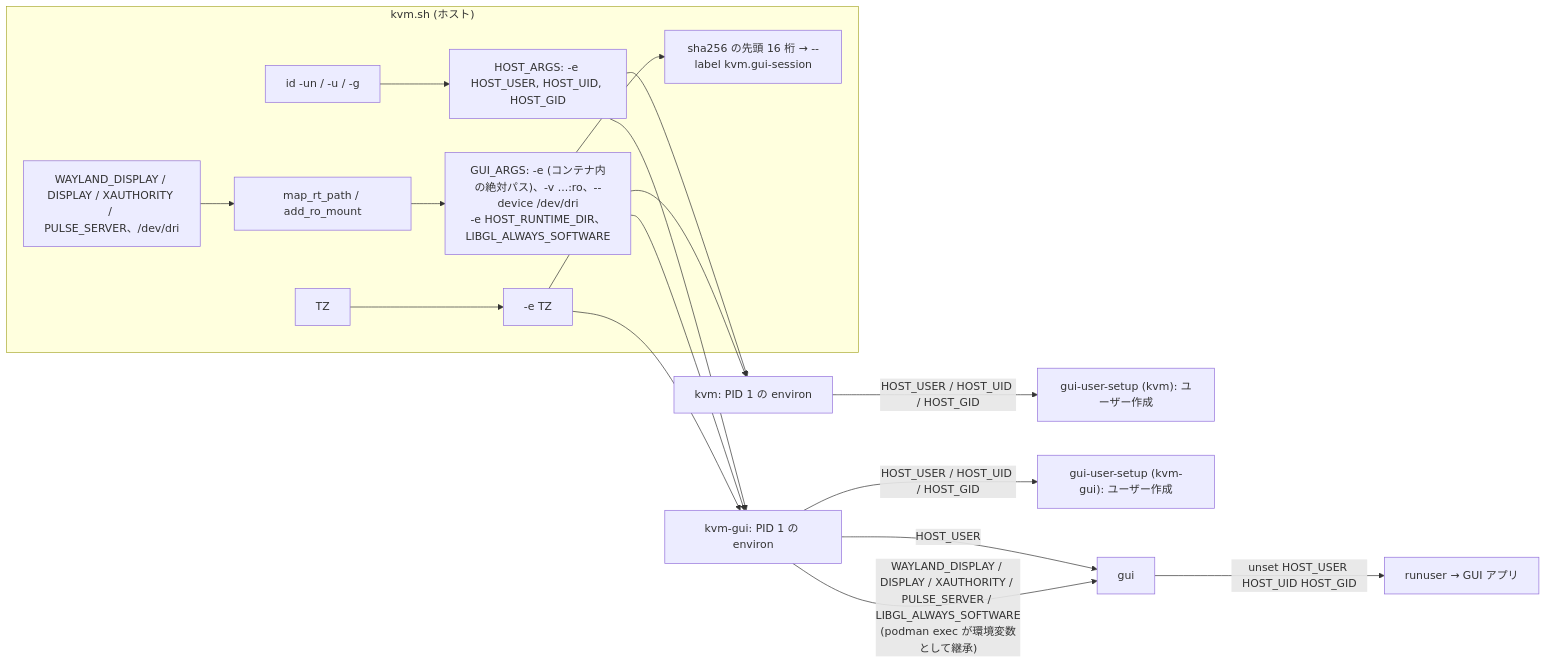
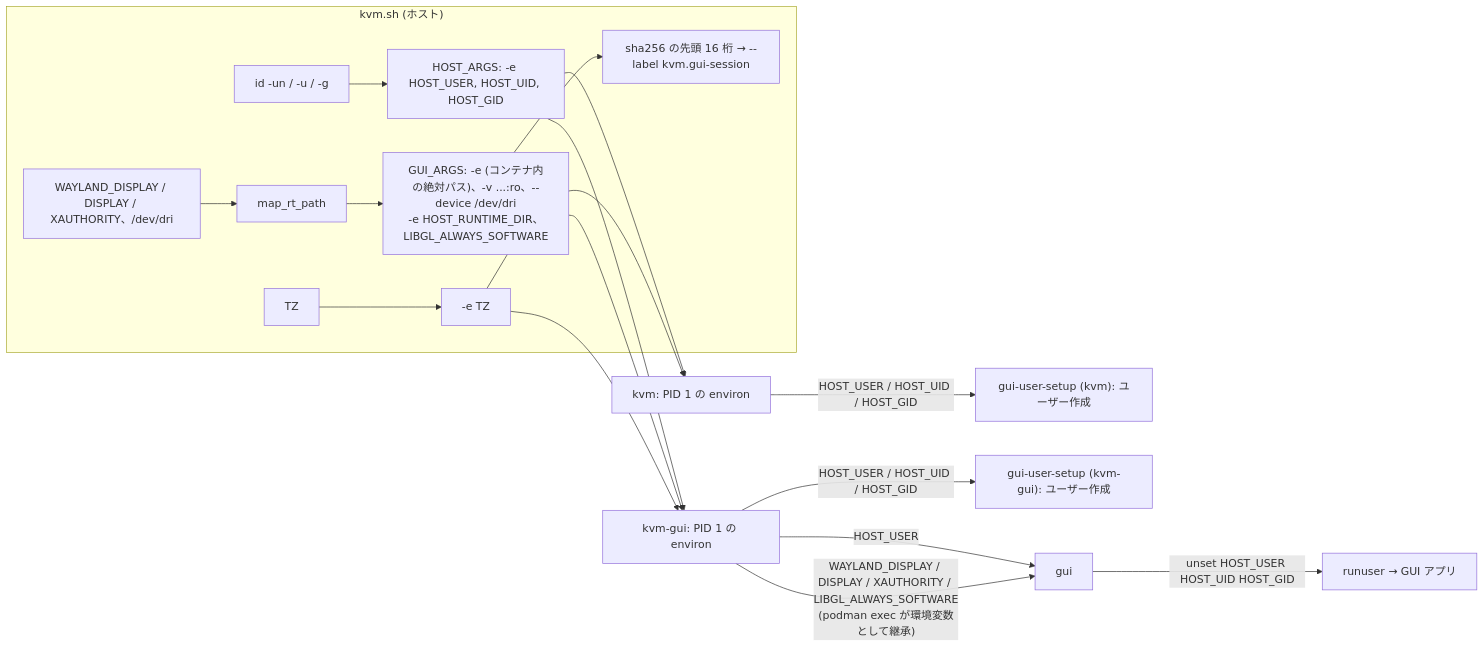
One commit to ryo-aoki-pc/kvm-container changed the eighth of 21 diagrams in docs/SPEC.md. Above: the diagram before and after it, drawn with Mermaid. The commit also changed other lines of this file and 7 other files, not shown here.

````diff
--- a/docs/SPEC.md
+++ b/docs/SPEC.md
@@ -435,21 +425,21 @@
 ```mermaid
 flowchart LR
   subgraph src ["kvm.sh (ホスト)"]
     id["id -un / -u / -g"] --> ha["HOST_ARGS: -e HOST_USER, HOST_UID, HOST_GID"]
-    sess["WAYLAND_DISPLAY / DISPLAY / XAUTHORITY / PULSE_SERVER、/dev/dri"] --> map["map_rt_path / add_ro_mount"] --> ga["GUI_ARGS: -e (コンテナ内の絶対パス)、-v ...:ro、--device /dev/dri<br/>-e HOST_RUNTIME_DIR、LIBGL_ALWAYS_SOFTWARE"]
+    sess["WAYLAND_DISPLAY / DISPLAY / XAUTHORITY、/dev/dri"] --> map["map_rt_path"] --> ga["GUI_ARGS: -e (コンテナ内の絶対パス)、-v ...:ro、--device /dev/dri<br/>-e HOST_RUNTIME_DIR、LIBGL_ALWAYS_SOFTWARE"]
     ga --> label["sha256 の先頭 16 桁 → --label kvm.gui-session"]
     tz["TZ"] --> tzarg["-e TZ"]
   end
   kenv["kvm: PID 1 の environ"]
   genv["kvm-gui: PID 1 の environ"]
   ha --> kenv
   ha --> genv
   ga --> genv
   tzarg --> kenv
   tzarg --> genv
   kenv -->|"HOST_USER / HOST_UID / HOST_GID"| kgus["gui-user-setup (kvm): ユーザー作成"]
   genv -->|"HOST_USER / HOST_UID / HOST_GID"| ggus["gui-user-setup (kvm-gui): ユーザー作成"]
   genv -->|"HOST_USER"| gui["gui"]
-  genv -->|"WAYLAND_DISPLAY / DISPLAY / XAUTHORITY / PULSE_SERVER / LIBGL_ALWAYS_SOFTWARE<br/>(podman exec が環境変数として継承)"| gui
+  genv -->|"WAYLAND_DISPLAY / DISPLAY / XAUTHORITY / LIBGL_ALWAYS_SOFTWARE<br/>(podman exec が環境変数として継承)"| gui
   gui -->|"unset HOST_USER HOST_UID HOST_GID"| app["runuser → GUI アプリ"]
 ```
````
